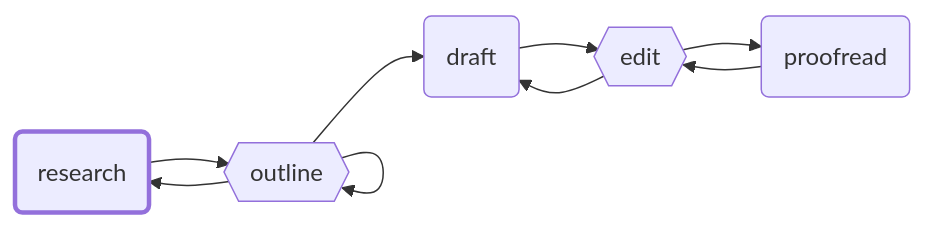
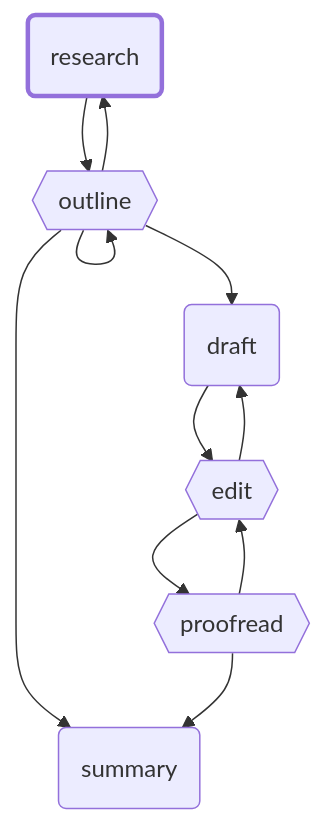
Before and after one commit to GEMISIS/leviath: the diagram in docs/assets/agents/src/writing-assistant.mmd, drawn with Mermaid. The commit also changed 41 other files, not shown here.

```diff
--- a/docs/assets/agents/src/writing-assistant.mmd
+++ b/docs/assets/agents/src/writing-assistant.mmd
@@ -1,16 +1,19 @@
-flowchart LR
+flowchart TD
     research(research)
     outline{{outline}}
     draft(draft)
     edit{{edit}}
-    proofread(proofread)
+    proofread{{proofread}}
+    summary(summary)
     research --> outline
     outline --> draft
     outline --> outline
+    outline --> summary
     outline --> research
     draft --> edit
     edit --> draft
     edit --> proofread
+    proofread --> summary
     proofread --> edit
     classDef entry stroke-width:3px
     class research entry
```
